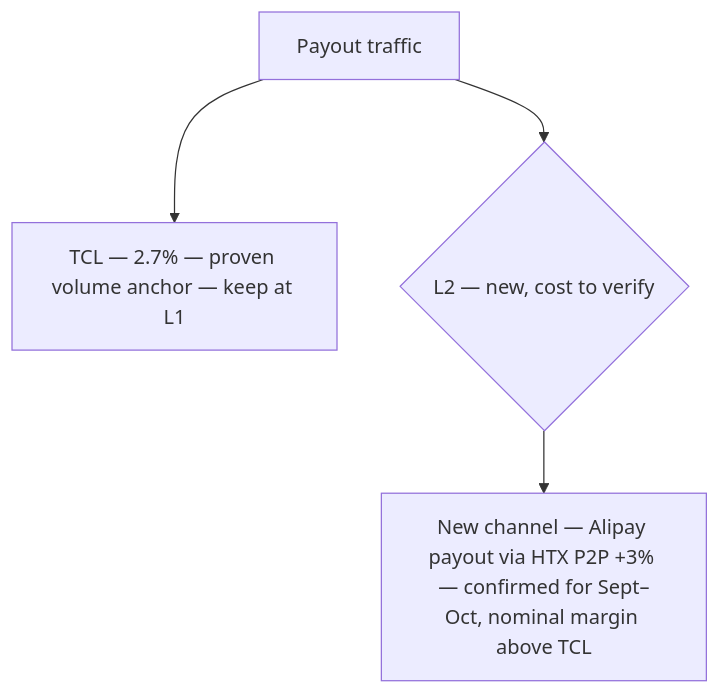
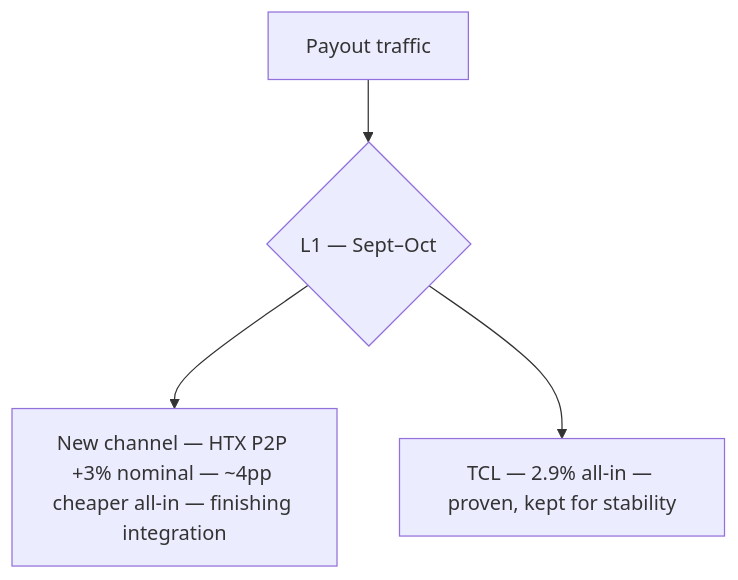
The ninth of 9 diagrams in docs/payment_cascades.md (JoJ-se/incas-geo-expansion-pack), drawn with Mermaid before and after one commit. The commit also changed other lines of this file and 8 other files, not shown here.

First line of the commit message:
Add August vs Sept-Oct comparisons: Turkey cascade rebuild, China payout/payin growth plan

````diff
--- a/docs/payment_cascades.md
+++ b/docs/payment_cascades.md
@@ -125,6 +130,6 @@
 ```mermaid
 flowchart TD
-    A[Payout traffic] --> L1["TCL — 2.7% — proven volume anchor — keep at L1"]
-    A --> L2{"L2 — new, cost to verify"}
-    L2 --> HTX["New channel — Alipay payout via HTX P2P +3% — confirmed for Sept–Oct, nominal margin above TCL"]
+    A[Payout traffic] --> L1{"L1 — Sept–Oct"}
+    L1 --> HTX["New channel — HTX P2P +3% nominal — ~4pp cheaper all-in — finishing integration"]
+    L1 --> TCL["TCL — 2.9% all-in — proven, kept for stability"]
 ```
````
